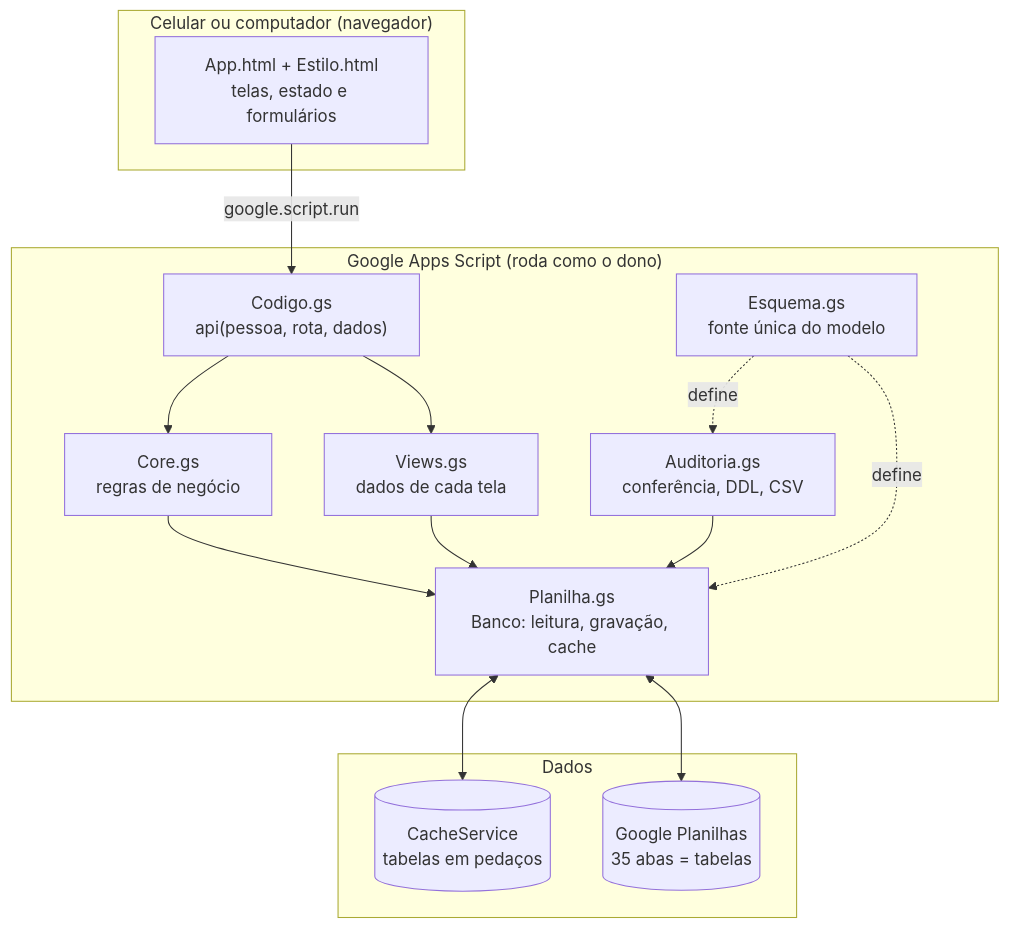
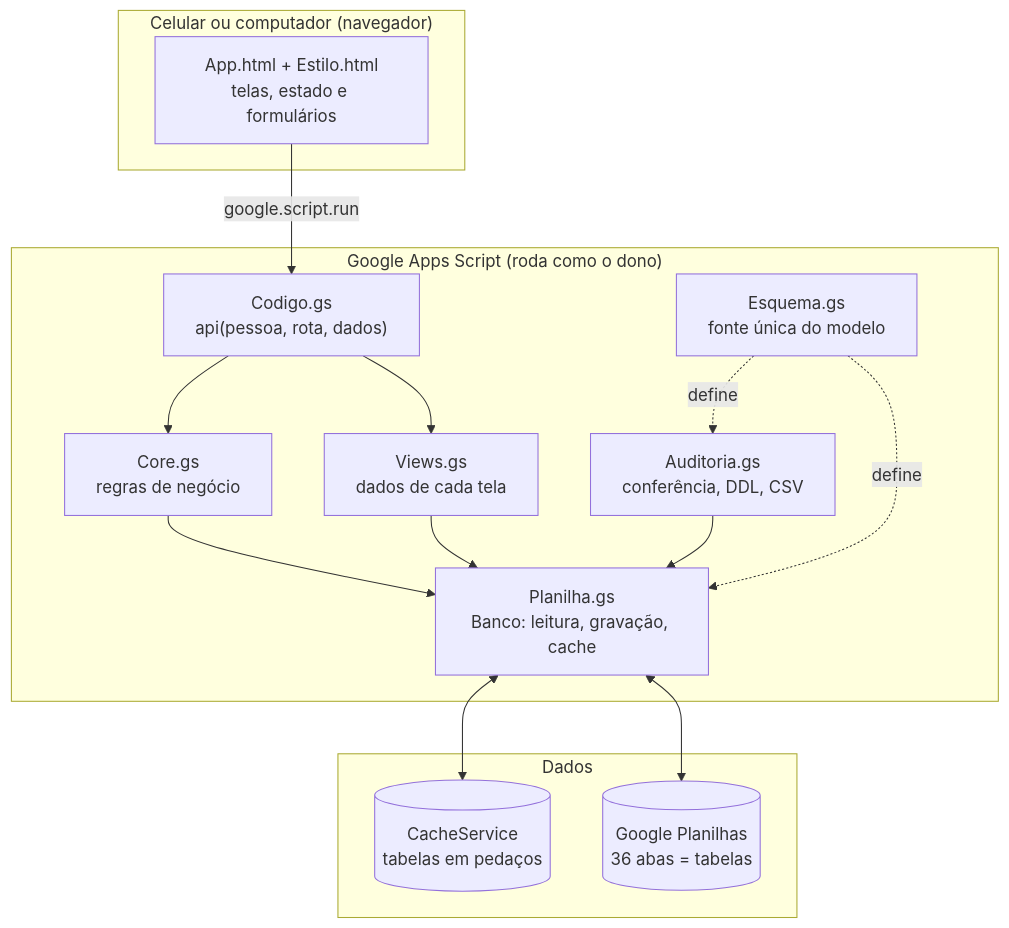
The first of 3 diagrams in README.md (pedrohfilho/CoffeCommit), drawn with Mermaid before and after one commit. The commit also changed other lines of this file and 6 other files, not shown here.

````diff
--- a/README.md
+++ b/README.md
@@ -69,28 +69,28 @@
 ```mermaid
 flowchart TB
   subgraph Aparelho["Celular ou computador (navegador)"]
     UI["App.html + Estilo.html<br/>telas, estado e formulários"]
   end
   subgraph Google["Google Apps Script (roda como o dono)"]
     API["Codigo.gs<br/>api(pessoa, rota, dados)"]
     CORE["Core.gs<br/>regras de negócio"]
     VIEWS["Views.gs<br/>dados de cada tela"]
     BANCO["Planilha.gs<br/>Banco: leitura, gravação, cache"]
     AUD["Auditoria.gs<br/>conferência, DDL, CSV"]
     ESQ["Esquema.gs<br/>fonte única do modelo"]
   end
   subgraph Dados["Dados"]
     CACHE[("CacheService<br/>tabelas em pedaços")]
-    SHEET[("Google Planilhas<br/>35 abas = tabelas")]
+    SHEET[("Google Planilhas<br/>36 abas = tabelas")]
   end
   UI -->|google.script.run| API
   API --> CORE
   API --> VIEWS
   CORE --> BANCO
   VIEWS --> BANCO
   AUD --> BANCO
   ESQ -. "define" .-> BANCO
   ESQ -. "define" .-> AUD
   BANCO <--> CACHE
   BANCO <--> SHEET
 ```
````
